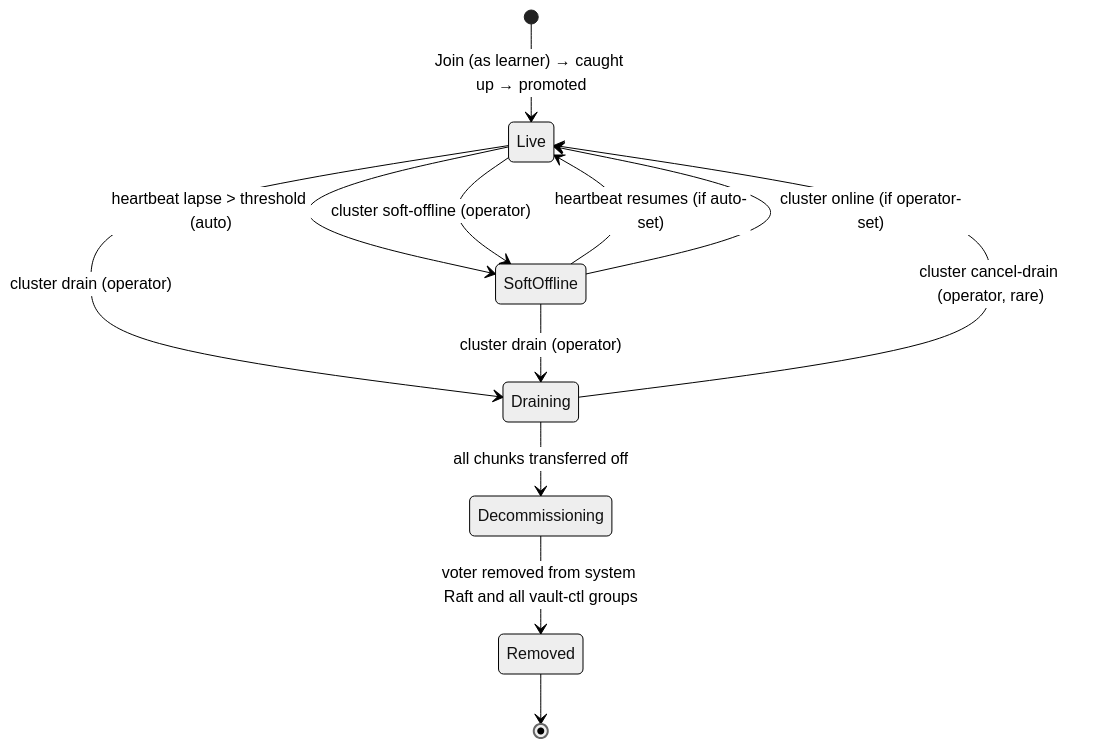
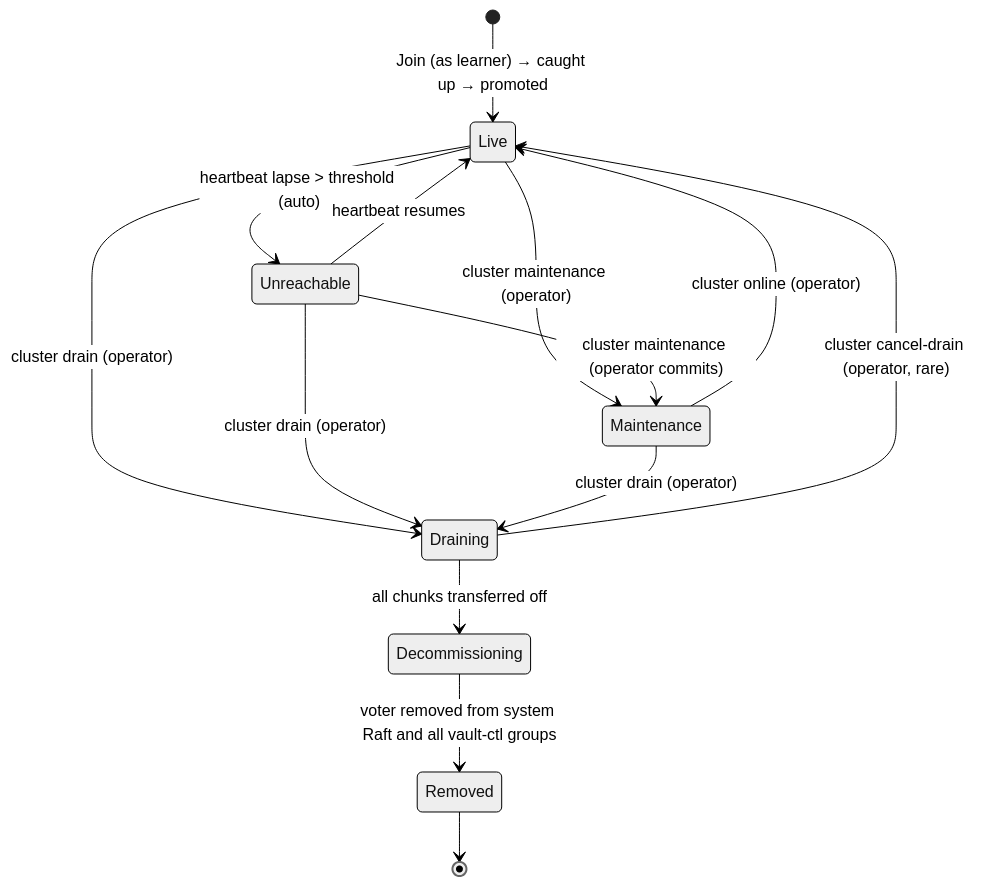
One commit to kluzzebass/gastrolog changed the diagram in docs/node-lifecycle-design.md. Above: the diagram before and after it, drawn with Mermaid (neutral theme). The commit also changed other lines of this file, not shown here.

First line of the commit message:
docs(design): split soft-offline into Unreachable and Maintenance states (gastrolog-gr6wy)

````diff
--- a/docs/node-lifecycle-design.md
+++ b/docs/node-lifecycle-design.md
@@ -13,19 +15,22 @@
 ```mermaid
 stateDiagram-v2
     [*] --> Live: Join (as learner) → caught up → promoted
 
-    Live --> SoftOffline: heartbeat lapse > threshold (auto)
-    Live --> SoftOffline: cluster soft-offline (operator)
+    Live --> Unreachable: heartbeat lapse > threshold (auto)
+    Live --> Maintenance: cluster maintenance (operator)
     Live --> Draining: cluster drain (operator)
 
-    SoftOffline --> Live: heartbeat resumes (if auto-set)
-    SoftOffline --> Live: cluster online (if operator-set)
-    SoftOffline --> Draining: cluster drain (operator)
+    Unreachable --> Live: heartbeat resumes
+    Unreachable --> Maintenance: cluster maintenance (operator commits)
+    Unreachable --> Draining: cluster drain (operator)
+
+    Maintenance --> Live: cluster online (operator)
+    Maintenance --> Draining: cluster drain (operator)
 
     Draining --> Decommissioning: all chunks transferred off
     Draining --> Live: cluster cancel-drain (operator, rare)
 
     Decommissioning --> Removed: voter removed from system Raft and all vault-ctl groups
 
     Removed --> [*]
 ```
````
